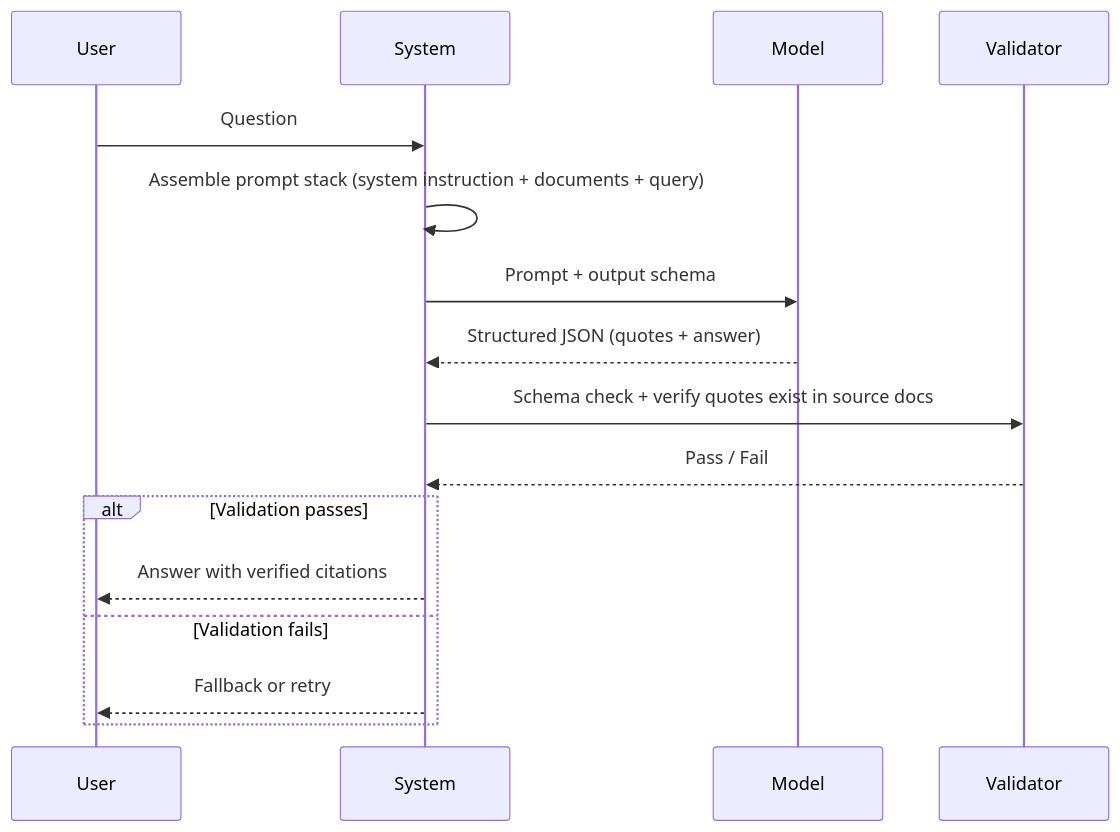
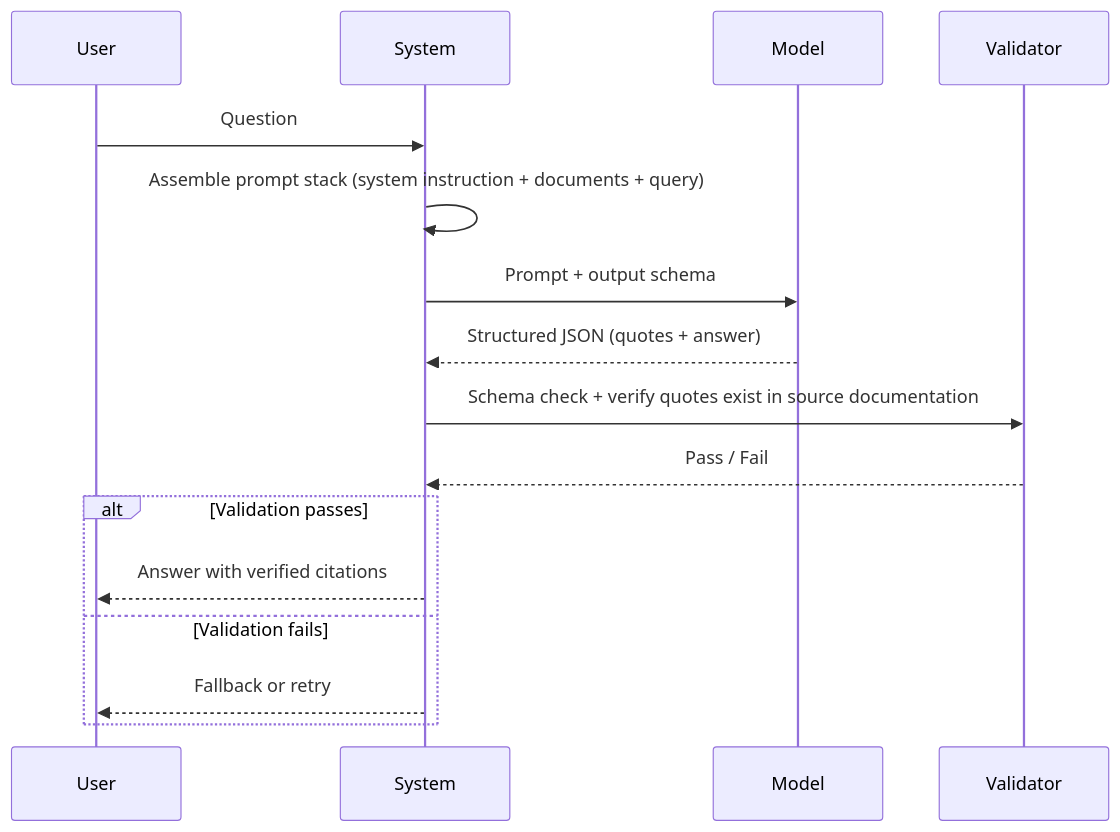
One commit to stevekinney/stevekinney.net changed the second of 3 diagrams in content/writing/prompt-engineering-frontier-llms.md. Above: the diagram before and after it, drawn with Mermaid. The commit also changed other lines of this file, not shown here.

````diff
--- a/content/writing/prompt-engineering-frontier-llms.md
+++ b/content/writing/prompt-engineering-frontier-llms.md
@@ -300,19 +300,19 @@
 ```mermaid
 sequenceDiagram
     participant User
     participant System
     participant Model
     participant Validator
 
     User->>System: Question
     System->>System: Assemble prompt stack (system instruction + documents + query)
     System->>Model: Prompt + output schema
     Model-->>System: Structured JSON (quotes + answer)
-    System->>Validator: Schema check + verify quotes exist in source docs
+    System->>Validator: Schema check + verify quotes exist in source documentation
     Validator-->>System: Pass / Fail
     alt Validation passes
         System-->>User: Answer with verified citations
     else Validation fails
         System-->>User: Fallback or retry
     end
 ```
````
